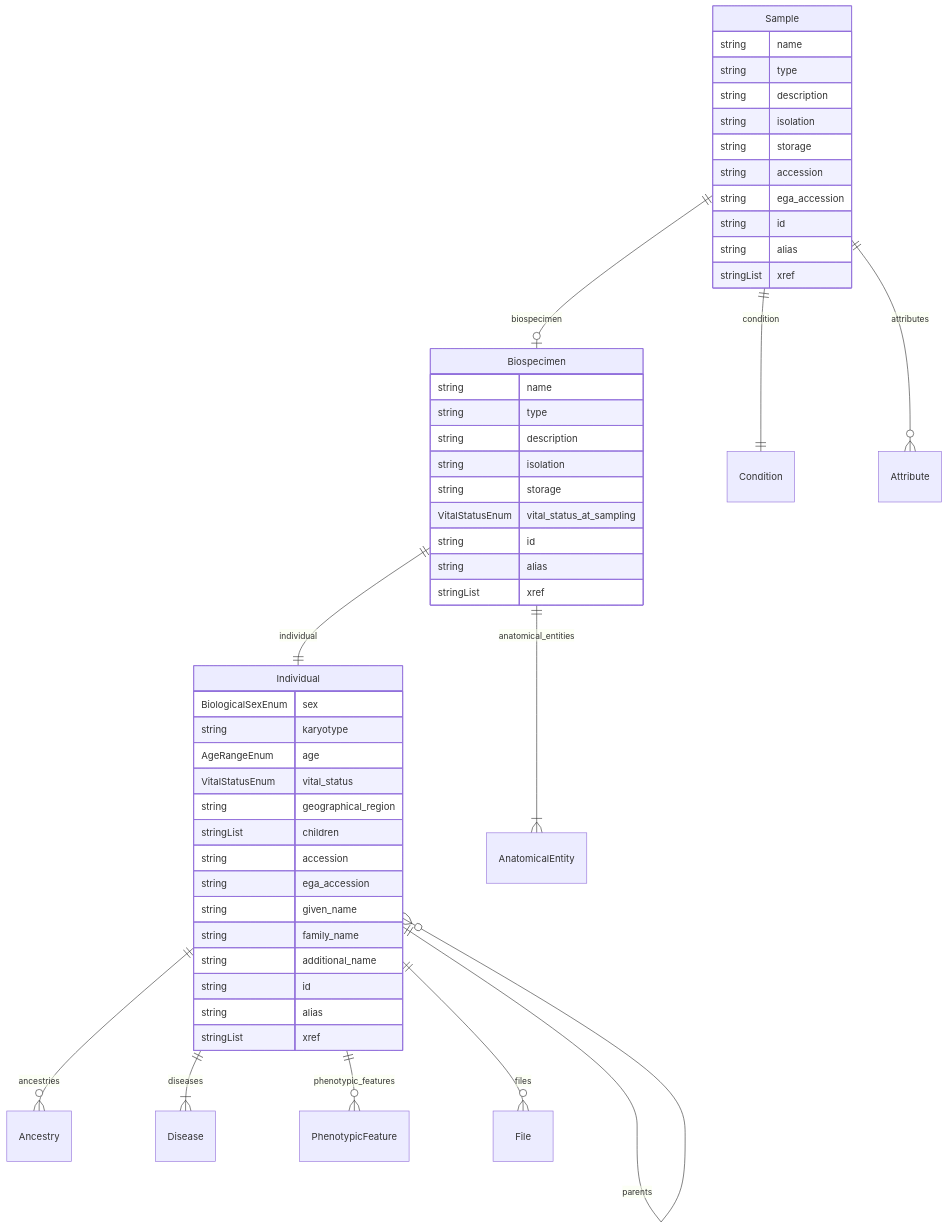
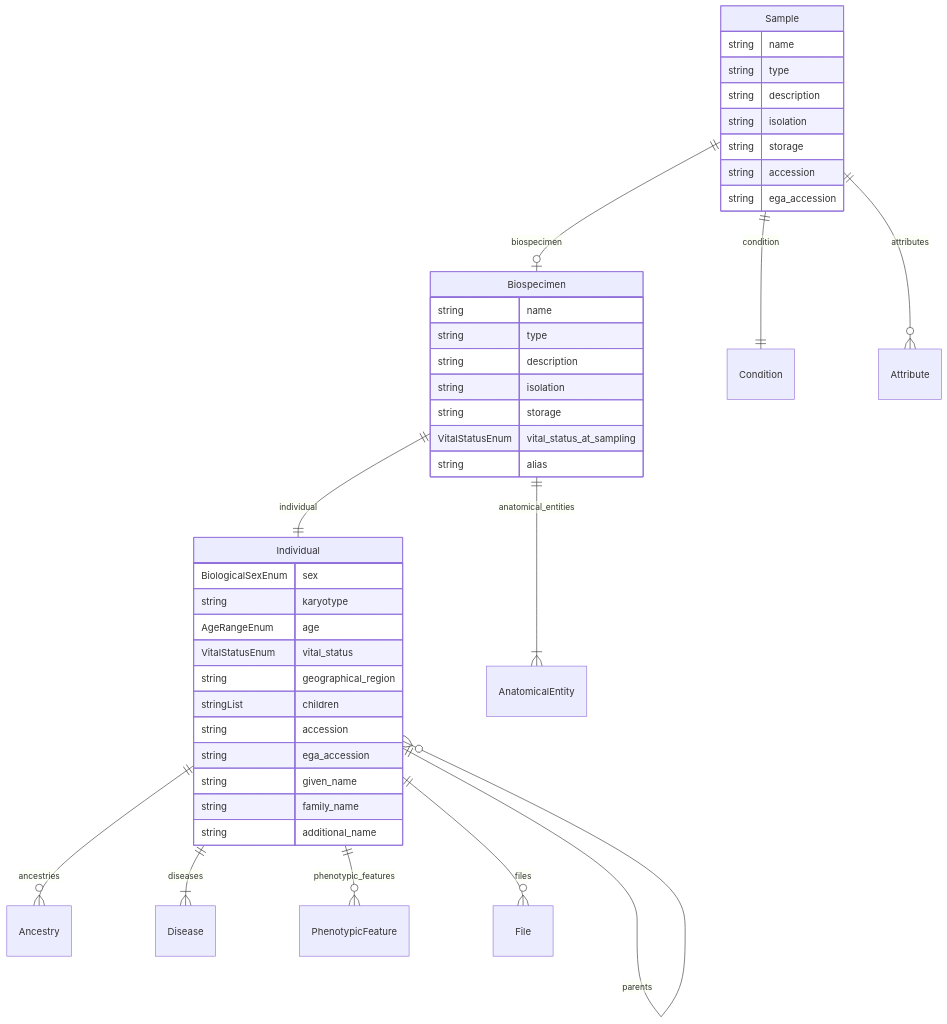
The fifth of 7 diagrams in docs/entity_relations.md (ghga-de/ghga-metadata-schema), drawn with Mermaid before and after one commit. The commit also changed other lines of this file and 57 other files, not shown here.

````diff
--- a/docs/entity_relations.md
+++ b/docs/entity_relations.md
@@ -228,54 +228,46 @@
 ```mermaid
 erDiagram
 Individual {
     BiologicalSexEnum sex  
     string karyotype  
     AgeRangeEnum age  
     VitalStatusEnum vital_status  
     string geographical_region  
     stringList children  
     string accession  
     string ega_accession  
     string given_name  
     string family_name  
     string additional_name  
-    string id  
-    string alias  
-    stringList xref  
 }
 Biospecimen {
     string name  
     string type  
     string description  
     string isolation  
     string storage  
     VitalStatusEnum vital_status_at_sampling  
-    string id  
     string alias  
-    stringList xref  
 }
 Sample {
     string name  
     string type  
     string description  
     string isolation  
     string storage  
     string accession  
     string ega_accession  
-    string id  
-    string alias  
-    stringList xref  
 }
 
 Individual ||--}o Ancestry : "ancestries"
 Individual ||--}o Individual : "parents"
 Individual ||--}| Disease : "diseases"
 Individual ||--}o PhenotypicFeature : "phenotypic_features"
 Individual ||--}o File : "files"
 Biospecimen ||--|| Individual : "individual"
 Biospecimen ||--}| AnatomicalEntity : "anatomical_entities"
 Sample ||--|o Biospecimen : "biospecimen"
 Sample ||--|| Condition : "condition"
 Sample ||--}o Attribute : "attributes"
 
 ```
````
